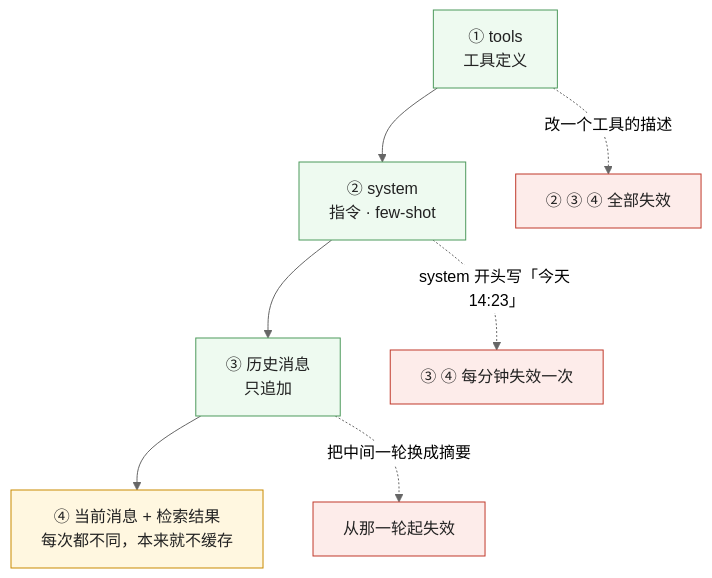
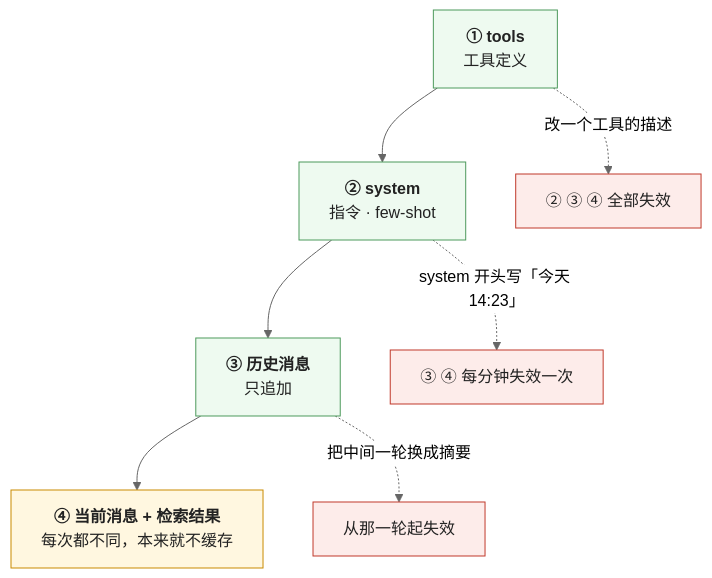
Before and after one commit to arganzheng/arganzheng.github.com: the first of 6 diagrams in _posts/2026-10-02-token-cost-and-latency-ledger-for-llm-applications.md, drawn with Mermaid (neutral theme). The commit also changed other lines of this file and 6 other files, not shown here.

First line of the commit message:
模型作为组件：契约、失效模式与选型：Mermaid 多行方框的首行标为标题（7 篇）

````diff
--- a/_posts/2026-10-02-token-cost-and-latency-ledger-for-llm-applications.md
+++ b/_posts/2026-10-02-token-cost-and-latency-ledger-for-llm-applications.md
@@ -71,14 +71,14 @@
 ```mermaid
 %% 图：缓存前缀的顺序与失效的连锁——tools → system → 历史消息 → 当前消息，前缀逐字节相同才命中；改动任何一段，它后面的全部失效；把时间戳写进 system 开头，等于每分钟从头失效一次
 flowchart TB
-    T["① tools<br/>工具定义"] --> S["② system<br/>指令 · few-shot"] --> H["③ 历史消息<br/>只追加"] --> U["④ 当前消息 + 检索结果<br/>每次都不同，本来就不缓存"]
+    T["<b>① tools</b><br/>工具定义"] --> S["<b>② system</b><br/>指令 · few-shot"] --> H["<b>③ 历史消息</b><br/>只追加"] --> U["<b>④ 当前消息 + 检索结果</b><br/>每次都不同，本来就不缓存"]
     T -.->|"改一个工具的描述"| X1["② ③ ④ 全部失效"]
     S -.->|"system 开头写「今天 14:23」"| X2["③ ④ 每分钟失效一次"]
     H -.->|"把中间一轮换成摘要"| X3["从那一轮起失效"]
     classDef hit fill:#eefaf0,stroke:#4d9a5c,color:#222
     classDef dyn fill:#fff7e0,stroke:#c98a00,color:#222
     classDef bad fill:#fdecea,stroke:#c0392b,color:#222
     class T,S,H hit
     class U dyn
     class X1,X2,X3 bad
 ```
````
